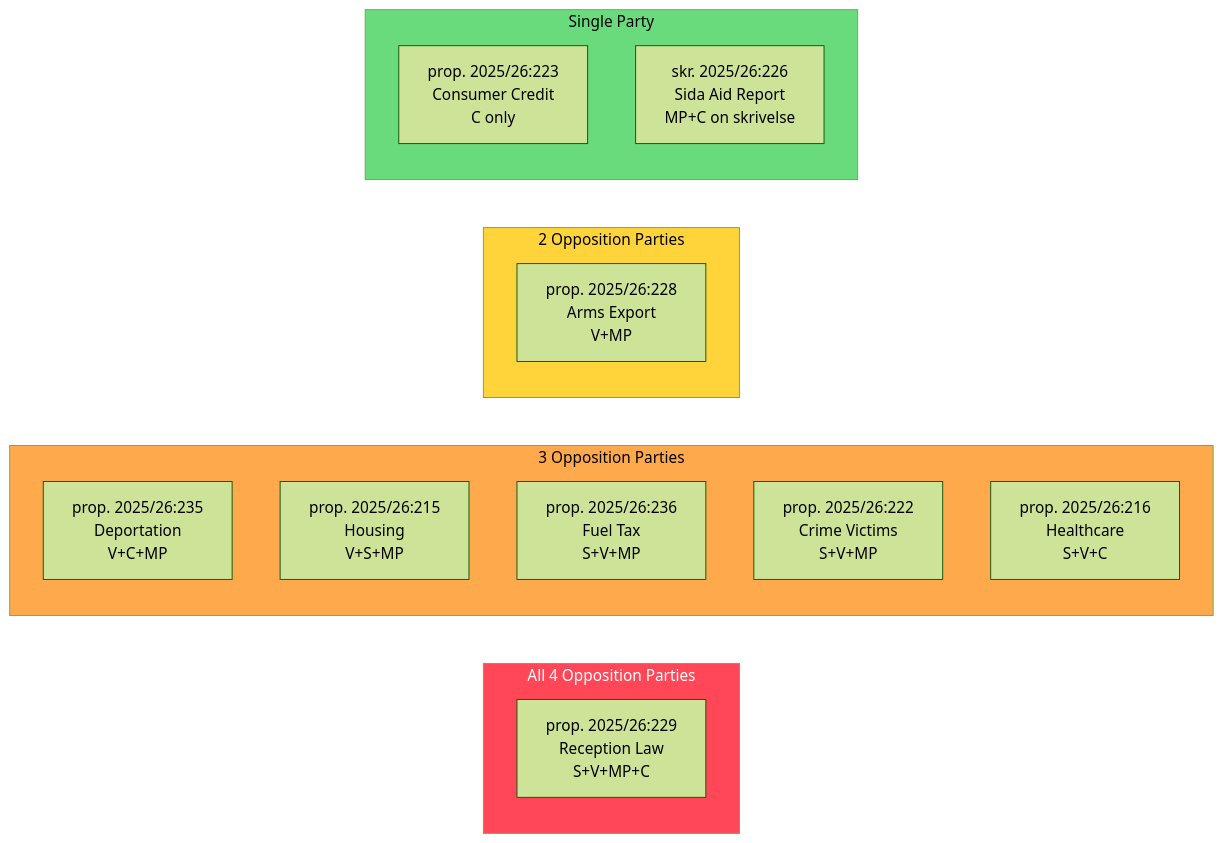
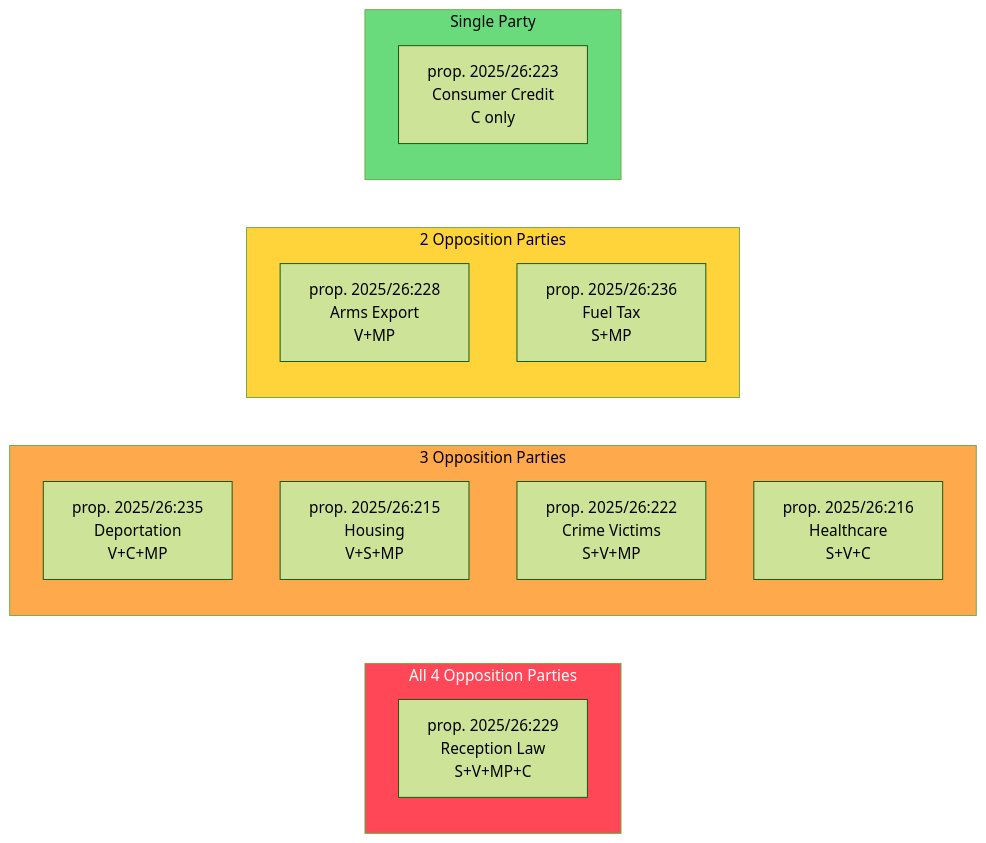
The second of 2 diagrams in analysis/daily/2026-04-20/motions/cross-reference-map.md (Hack23/riksdagsmonitor), drawn with Mermaid (forest theme) before and after one commit. The commit also changed other lines of this file and 10 other files, not shown here.

````diff
--- a/analysis/daily/2026-04-20/motions/cross-reference-map.md
+++ b/analysis/daily/2026-04-20/motions/cross-reference-map.md
@@ -66,28 +67,27 @@
 ```mermaid
 graph LR
     subgraph AllFour["All 4 Opposition Parties"]
         P229[prop. 2025/26:229<br/>Reception Law<br/>S+V+MP+C]
     end
 
     subgraph ThreeParties["3 Opposition Parties"]
         P235[prop. 2025/26:235<br/>Deportation<br/>V+C+MP]
         P215[prop. 2025/26:215<br/>Housing<br/>V+S+MP]
-        P236[prop. 2025/26:236<br/>Fuel Tax<br/>S+V+MP]
         P222[prop. 2025/26:222<br/>Crime Victims<br/>S+V+MP]
         P216[prop. 2025/26:216<br/>Healthcare<br/>S+V+C]
     end
 
     subgraph TwoParties["2 Opposition Parties"]
         P228[prop. 2025/26:228<br/>Arms Export<br/>V+MP]
+        P236[prop. 2025/26:236<br/>Fuel Tax<br/>S+MP]
     end
 
     subgraph OneParty["Single Party"]
         P223[prop. 2025/26:223<br/>Consumer Credit<br/>C only]
-        SKR226[skr. 2025/26:226<br/>Sida Aid Report<br/>MP+C on skrivelse]
     end
 
     style AllFour fill:#ff4757,color:#fff
     style ThreeParties fill:#ffa94d,color:#000
     style TwoParties fill:#ffd43b,color:#000
     style OneParty fill:#69db7c,color:#000
 ```
````
